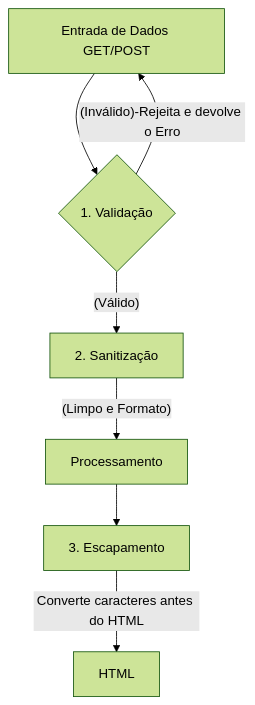
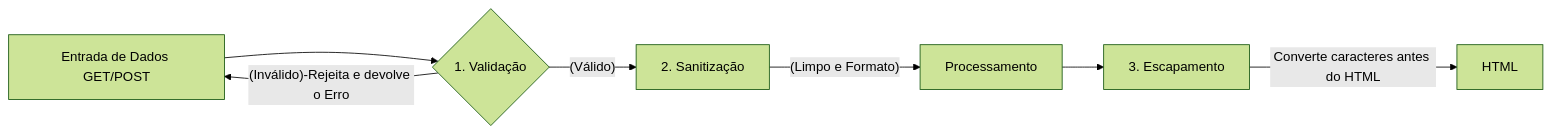
One commit to Sofiacristina2026/CursoBackend46bt22026 changed the ninth of 23 diagrams in PHPVanilla/README.md. Above: the diagram before and after it, drawn with Mermaid (forest theme). The commit also changed other lines of this file and 5 other files, not shown here.

````diff
--- a/PHPVanilla/README.md
+++ b/PHPVanilla/README.md
@@ -1067,17 +1007,17 @@
 ```mermaid
 
-flowchart
+flowchart LR
     A[Entrada de Dados GET/POST] 
     B{1. Validação}
     C[2. Sanitização]
     D[Processamento]
     E[3. Escapamento]
     F[HTML]
 
     A --> B
     B -- (Inválido)-Rejeita e devolve o Erro --> A
     B -- (Válido) --> C
     C -- (Limpo e Formato) --> D
     D --> E
     E -- Converte caracteres antes do HTML --> F
 ```
````
